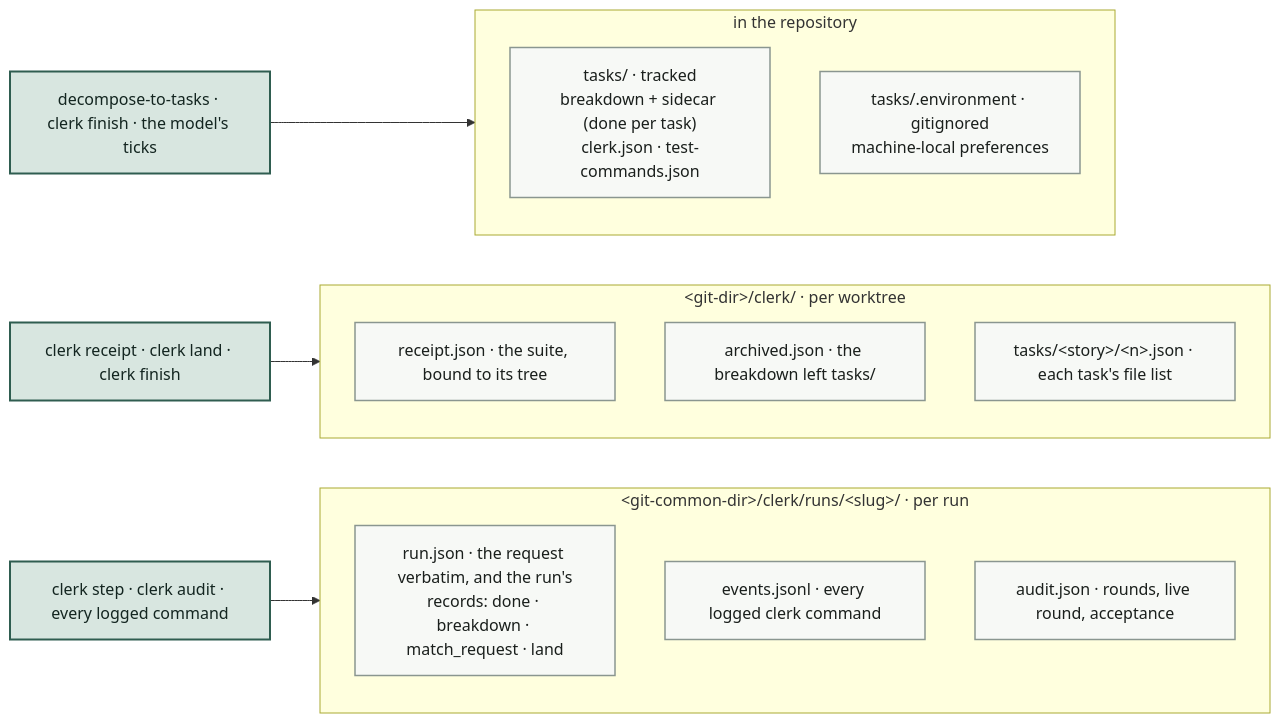
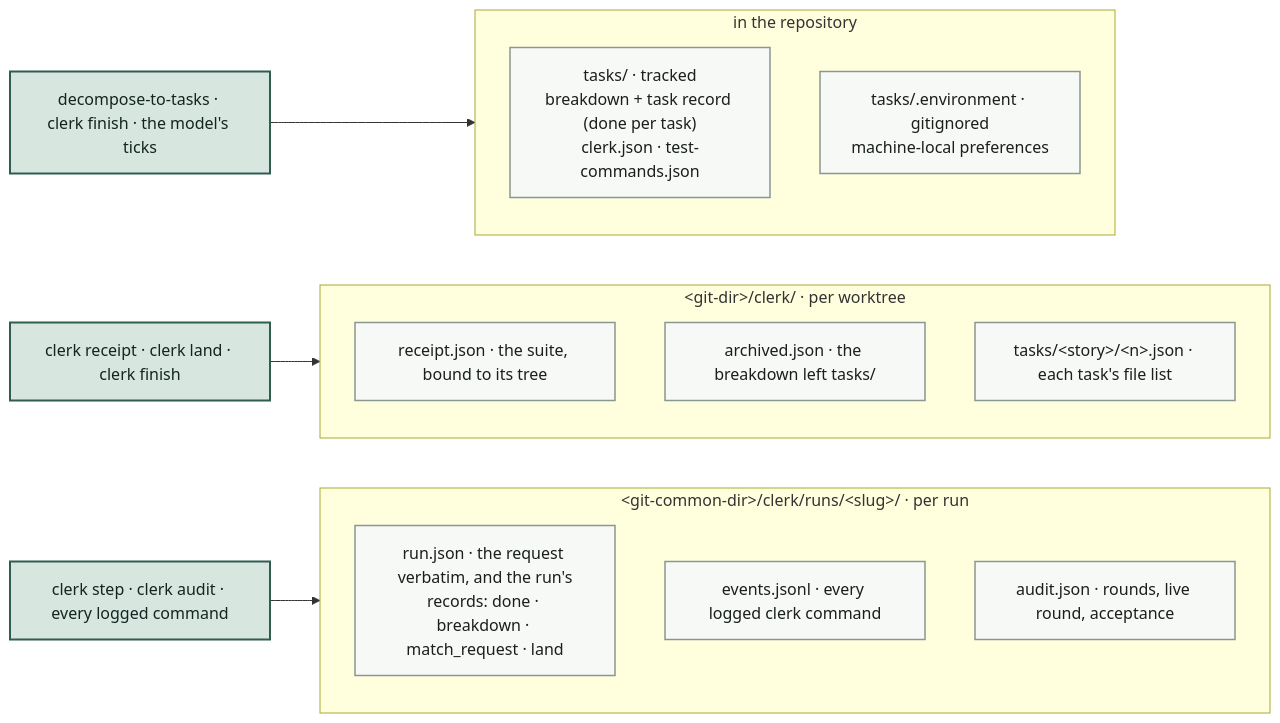
One commit to hpcsc/dotfiles changed the fourth of 5 diagrams in link/common/dot-config/.config/ai/method/README.md. Above: the diagram before and after it, drawn with Mermaid. The commit also changed other lines of this file and 100 other files, not shown here.

````diff
--- a/link/common/dot-config/.config/ai/method/README.md
+++ b/link/common/dot-config/.config/ai/method/README.md
@@ -400,27 +400,27 @@
 ```mermaid
 flowchart LR
   subgraph REPO["in the repository"]
     direction TB
-    T1["tasks/ · tracked<br/>breakdown + sidecar (done per task)<br/>clerk.json · test-commands.json"]
+    T1["tasks/ · tracked<br/>breakdown + task record (done per task)<br/>clerk.json · test-commands.json"]
     T2["tasks/.environment · gitignored<br/>machine-local preferences"]
   end
   subgraph GD["&lt;git-dir&gt;/clerk/ · per worktree"]
     direction TB
     R1["receipt.json · the suite, bound to its tree"]
     R2["archived.json · the breakdown left tasks/"]
     R3["tasks/&lt;story&gt;/&lt;n&gt;.json · each task's file list"]
   end
   subgraph GC["&lt;git-common-dir&gt;/clerk/runs/&lt;slug&gt;/ · per run"]
     direction TB
     L1["run.json · the request verbatim, and the run's<br/>records: done · breakdown · match_request · land"]
     L2["events.jsonl · every logged clerk command"]
     L3["audit.json · rounds, live round, acceptance"]
   end
   W1["decompose-to-tasks · clerk finish · the model's ticks"] --> REPO
   W2["clerk receipt · clerk land · clerk finish"] --> GD
   W3["clerk step · clerk audit · every logged command"] --> GC
   classDef store fill:#F7F9F6,stroke:#8A9690,stroke-width:1.5px,color:#1A1F1C
   classDef clerk fill:#D8E6E0,stroke:#2F5D50,stroke-width:2px,color:#132520
   class T1,T2,R1,R2,R3,L1,L2,L3 store
   class W1,W2,W3 clerk
 ```
````
